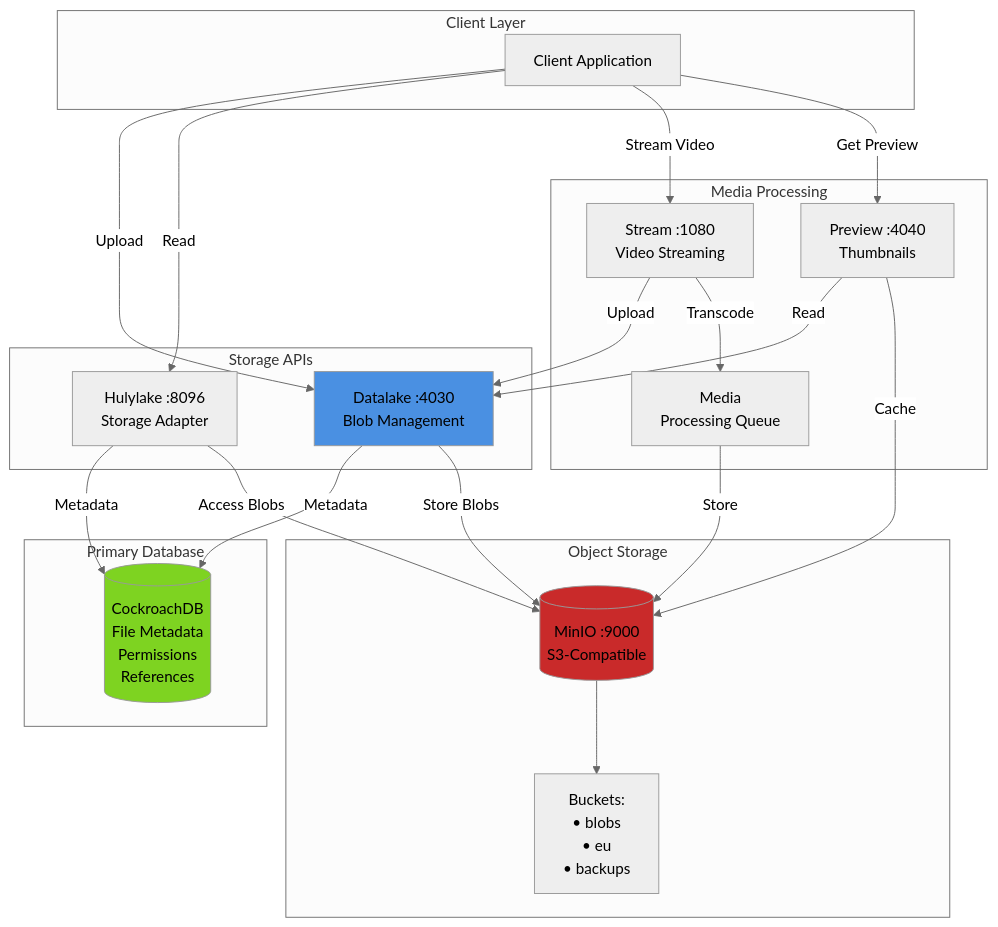
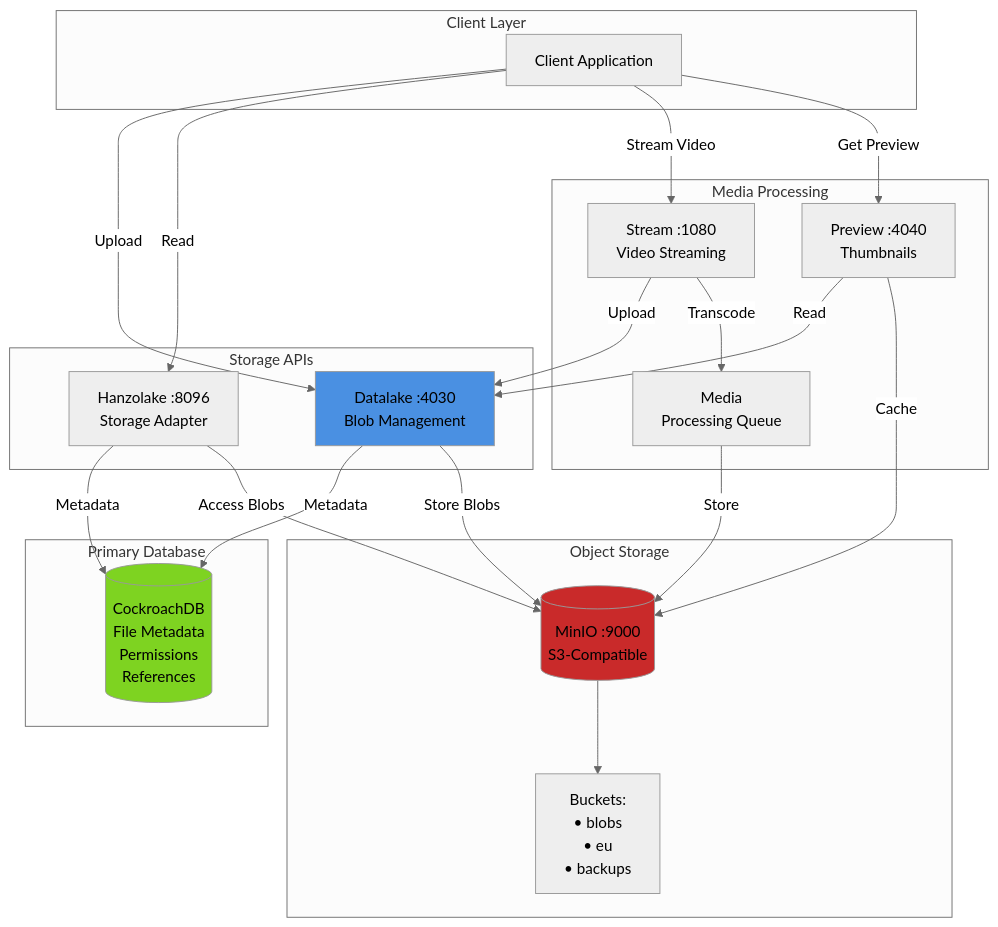
One commit to hanzoai/team changed the third of 4 diagrams in ARCHITECTURE_OVERVIEW.md. Above: the diagram before and after it, drawn with Mermaid (neutral theme). The commit also changed other lines of this file and 214 other files, not shown here.

````diff
--- a/ARCHITECTURE_OVERVIEW.md
+++ b/ARCHITECTURE_OVERVIEW.md
@@ -266,51 +266,51 @@
 ```mermaid
 graph TB
     subgraph "Client Layer"
         Client[Client Application]
     end
     
     subgraph "Storage APIs"
         Datalake[Datalake :4030<br/>Blob Management]
-        Hulylake[Hulylake :8096<br/>Storage Adapter]
+        Hanzolake[Hanzolake :8096<br/>Storage Adapter]
     end
     
     subgraph "Primary Database"
         CockroachDB[(CockroachDB<br/>File Metadata<br/>Permissions<br/>References)]
     end
     
     subgraph "Object Storage"
         Minio[(MinIO :9000<br/>S3-Compatible)]
         Buckets[Buckets:<br/>• blobs<br/>• eu<br/>• backups]
     end
     
     subgraph "Media Processing"
         Preview[Preview :4040<br/>Thumbnails]
         Stream[Stream :1080<br/>Video Streaming]
         Media[Media<br/>Processing Queue]
     end
     
     Client -->|Upload| Datalake
-    Client -->|Read| Hulylake
+    Client -->|Read| Hanzolake
     Client -->|Stream Video| Stream
     Client -->|Get Preview| Preview
     
     Datalake -->|Metadata| CockroachDB
     Datalake -->|Store Blobs| Minio
     
-    Hulylake -->|Metadata| CockroachDB
-    Hulylake -->|Access Blobs| Minio
+    Hanzolake -->|Metadata| CockroachDB
+    Hanzolake -->|Access Blobs| Minio
     
     Minio --> Buckets
     
     Preview -->|Read| Datalake
     Preview -->|Cache| Minio
     
     Stream -->|Upload| Datalake
     Stream -->|Transcode| Media
     
     Media -->|Store| Minio
     
     style Datalake fill:#4A90E2
     style Minio fill:#C92A2A
     style CockroachDB fill:#7ED321
 ```
````
